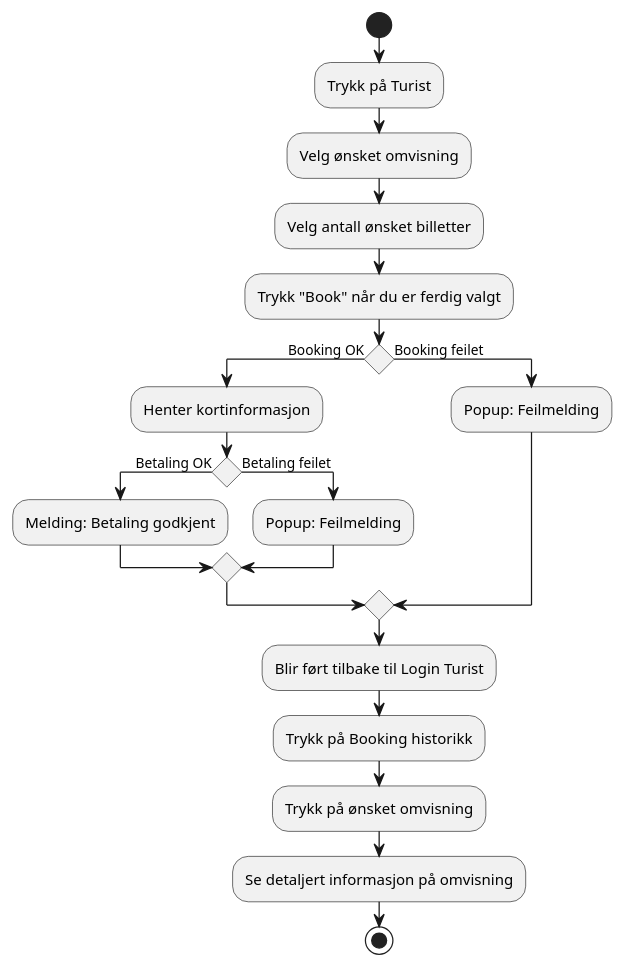
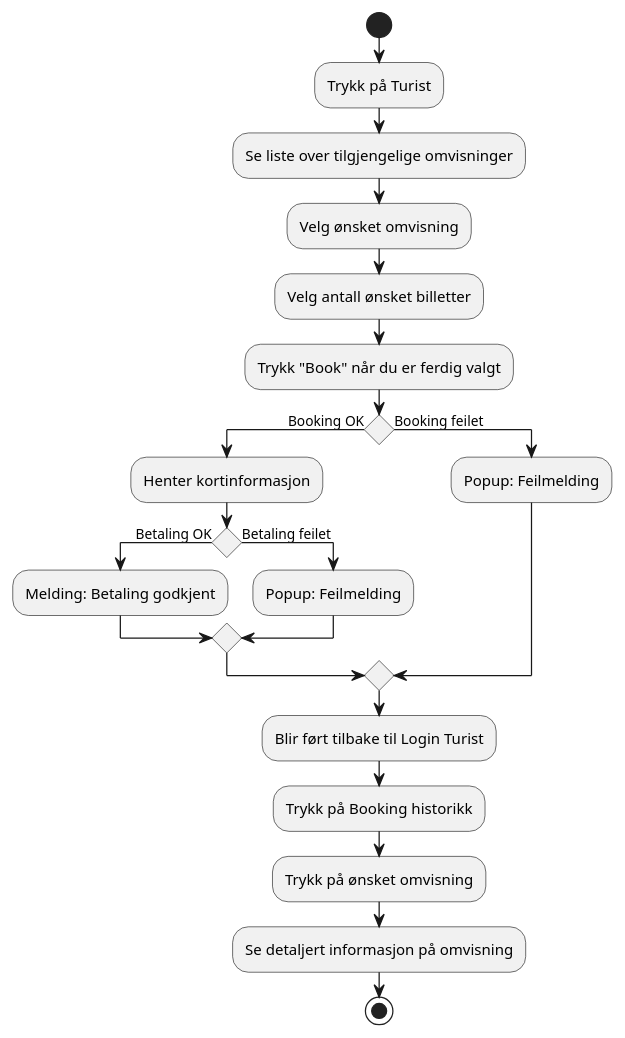
Before and after one commit to WaalerThomas/ITF20319_Gruppe13: the diagram in models/ActivityDiagram/Tourist.puml, drawn with PlantUML.

Commit message:
updated activity diagram for tourist

```diff
--- a/models/ActivityDiagram/Tourist.puml
+++ b/models/ActivityDiagram/Tourist.puml
@@ -1,25 +1,25 @@
 @startuml
 'https://plantuml.com/activity-diagram-beta
 
 start
 :Trykk på Turist;
+:Se liste over tilgjengelige omvisninger;
 :Velg ønsket omvisning;
 :Velg antall ønsket billetter;
 :Trykk "Book" når du er ferdig valgt;
 if () is (Booking OK) then
   :Henter kortinformasjon;
   if () is (Betaling OK) then
     :Melding: Betaling godkjent;
   else (Betaling feilet)
     :Popup: Feilmelding;
   endif
 else (Booking feilet)
   :Popup: Feilmelding;
 endif
 :Blir ført tilbake til Login Turist;
 :Trykk på Booking historikk;
 :Trykk på ønsket omvisning;
 :Se detaljert informasjon på omvisning;
 stop
-
 @enduml
```
